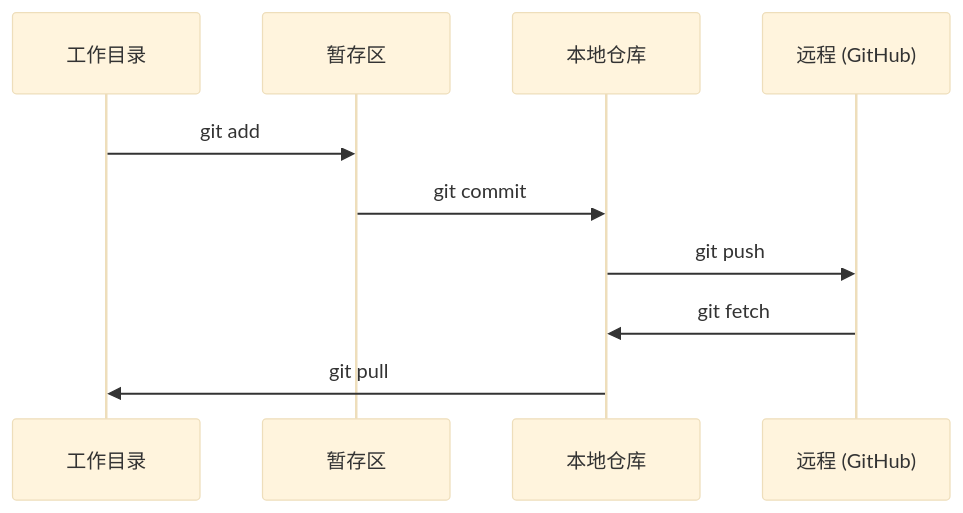
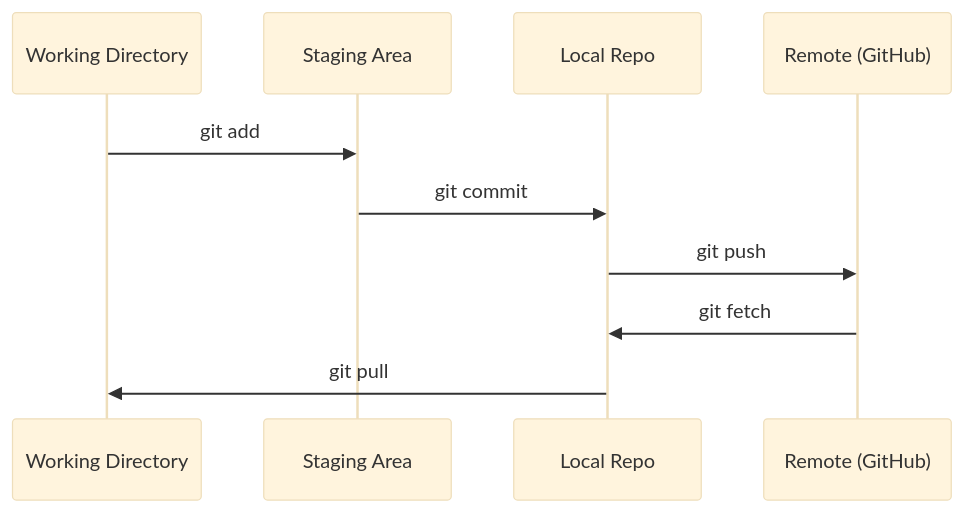
Before and after one commit to xiaojiaenen/ai-engineering-from-scratch-zh: the diagram in i18n/zh/phases/00-setup-and-tooling/02-git-and-collaboration/docs/zh.md, drawn with Mermaid (base theme). The commit also changed other lines of this file and 12 other files, not shown here.

````diff
--- a/i18n/zh/phases/00-setup-and-tooling/02-git-and-collaboration/docs/zh.md
+++ b/i18n/zh/phases/00-setup-and-tooling/02-git-and-collaboration/docs/zh.md
@@ -25,12 +25,12 @@
 ```mermaid
 sequenceDiagram
-    participant WD as 工作目录
-    participant SA as 暂存区
-    participant LR as 本地仓库
-    participant R as 远程 (GitHub)
+    participant WD as Working Directory
+    participant SA as Staging Area
+    participant LR as Local Repo
+    participant R as Remote (GitHub)
     WD->>SA: git add
     SA->>LR: git commit
     LR->>R: git push
     R->>LR: git fetch
     LR->>WD: git pull
 ```
````
